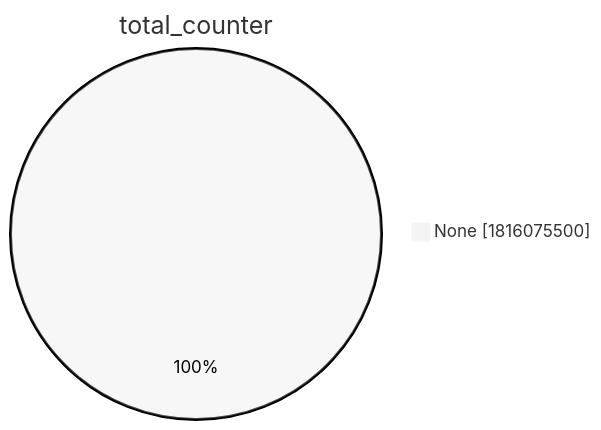
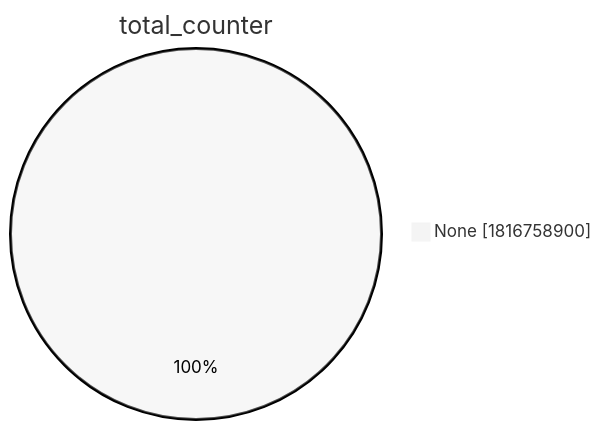
One commit to christiankrug/ctmonitor_visualization changed the second of 15 diagrams in xenon2022/README.md. Above: the diagram before and after it, drawn with Mermaid (neutral theme). The commit also changed other lines of this file, not shown here.

````diff
--- a/xenon2022/README.md
+++ b/xenon2022/README.md
@@ -9,5 +9,5 @@
 ```mermaid
 pie showData
 title total_counter
-"None" :1816075500
+"None" :1816758900
 ```
````
